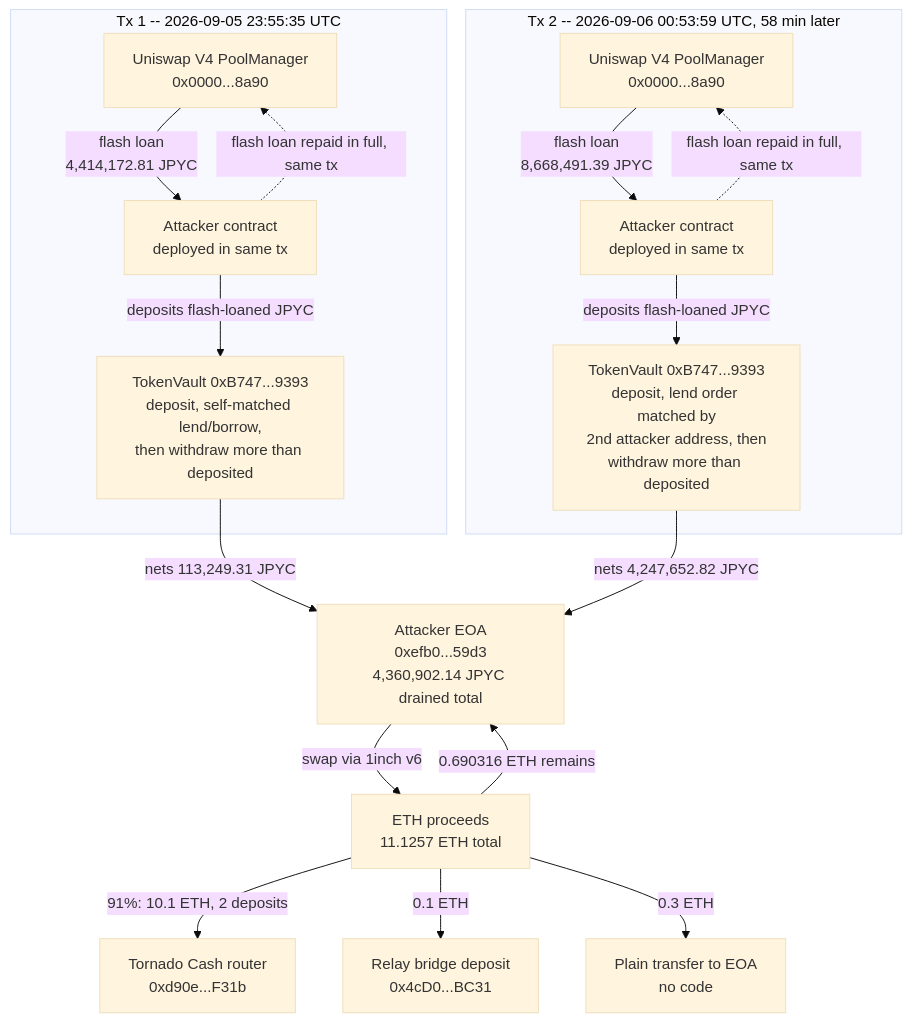
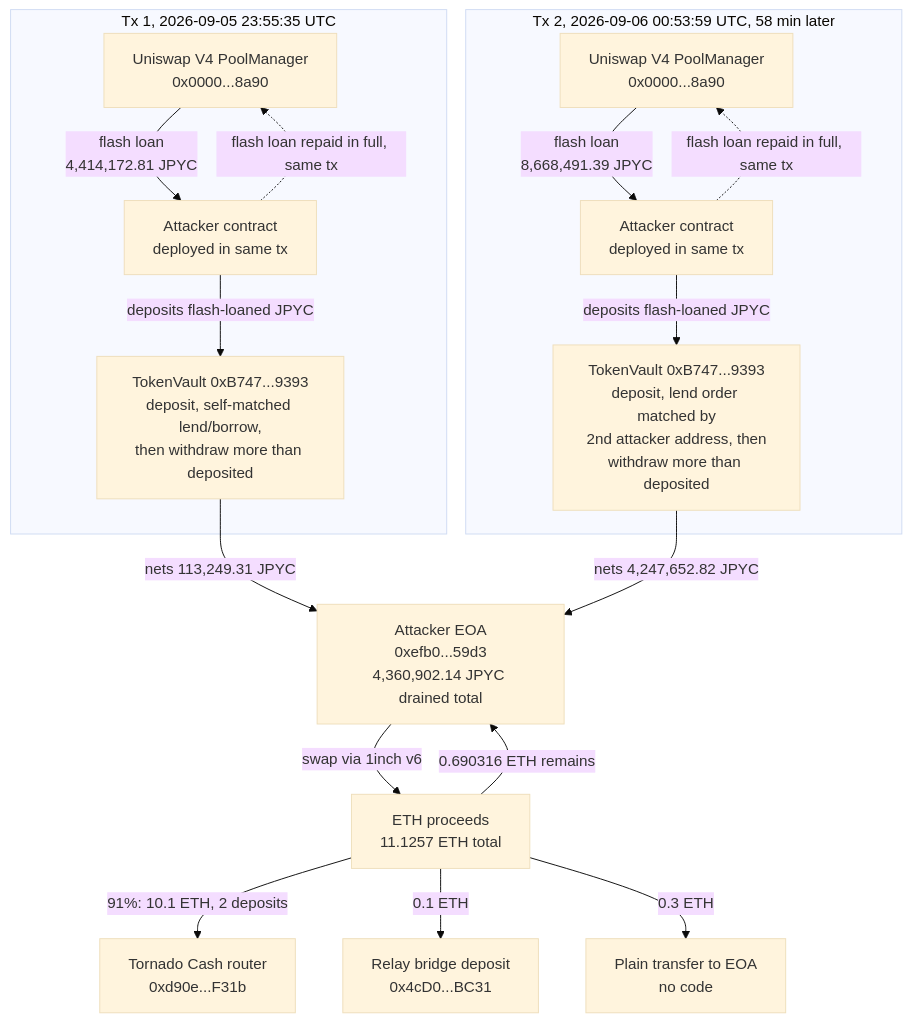
One commit to RealSpap/onchain-postmortems changed the diagram in securedfinance-jpyc-tokenvault-selflend/README.md. Above: the diagram before and after it, drawn with Mermaid (base theme). The commit also changed other lines of this file and 201 other files, not shown here.

````diff
--- a/securedfinance-jpyc-tokenvault-selflend/README.md
+++ b/securedfinance-jpyc-tokenvault-selflend/README.md
@@ -29,29 +29,29 @@
 ```mermaid
 flowchart TD
-    subgraph TX1["Tx 1 -- 2026-09-05 23:55:35 UTC"]
+    subgraph TX1["Tx 1, 2026-09-05 23:55:35 UTC"]
         U1["Uniswap V4 PoolManager<br/>0x0000...8a90"]
         C1["Attacker contract<br/>deployed in same tx"]
         TV1["TokenVault 0xB747...9393<br/>deposit, self-matched lend/borrow,<br/>then withdraw more than deposited"]
         U1 -->|"flash loan<br/>4,414,172.81 JPYC"| C1
         C1 -->|"deposits flash-loaned JPYC"| TV1
         C1 -.->|"flash loan repaid in full, same tx"| U1
     end
 
-    subgraph TX2["Tx 2 -- 2026-09-06 00:53:59 UTC, 58 min later"]
+    subgraph TX2["Tx 2, 2026-09-06 00:53:59 UTC, 58 min later"]
         U2["Uniswap V4 PoolManager<br/>0x0000...8a90"]
         C2["Attacker contract<br/>deployed in same tx"]
         TV2["TokenVault 0xB747...9393<br/>deposit, lend order matched by<br/>2nd attacker address, then<br/>withdraw more than deposited"]
         U2 -->|"flash loan<br/>8,668,491.39 JPYC"| C2
         C2 -->|"deposits flash-loaned JPYC"| TV2
         C2 -.->|"flash loan repaid in full, same tx"| U2
     end
 
     EOA["Attacker EOA<br/>0xefb0...59d3<br/>4,360,902.14 JPYC drained total"]
     TV1 -->|"nets 113,249.31 JPYC"| EOA
     TV2 -->|"nets 4,247,652.82 JPYC"| EOA
     EOA -->|"swap via 1inch v6"| ETH["ETH proceeds<br/>11.1257 ETH total"]
     ETH -->|"91%: 10.1 ETH, 2 deposits"| TC["Tornado Cash router<br/>0xd90e...F31b"]
     ETH -->|"0.1 ETH"| RL["Relay bridge deposit<br/>0x4cD0...BC31"]
     ETH -->|"0.3 ETH"| PT["Plain transfer to EOA<br/>no code"]
     ETH -->|"0.690316 ETH remains"| EOA
 ```
````
